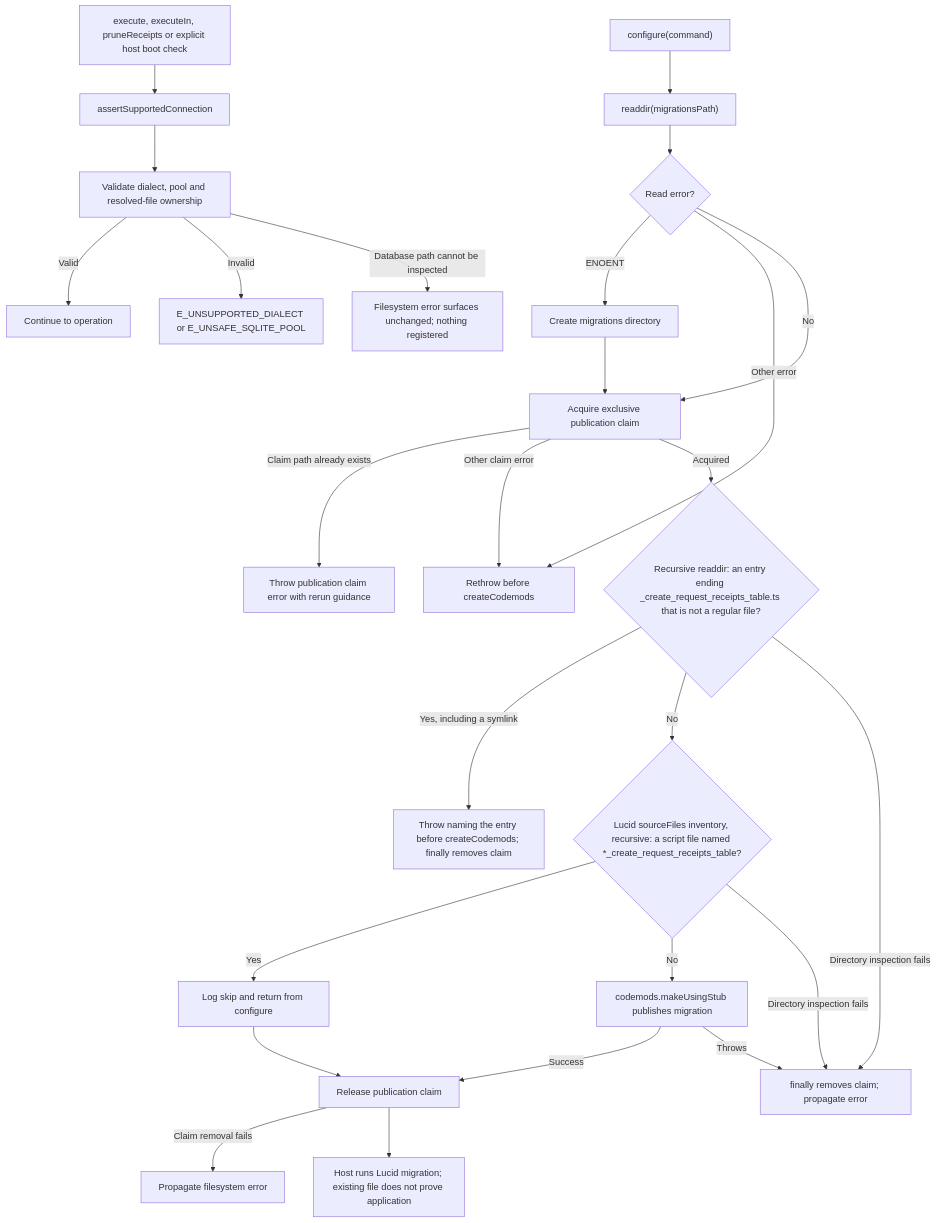
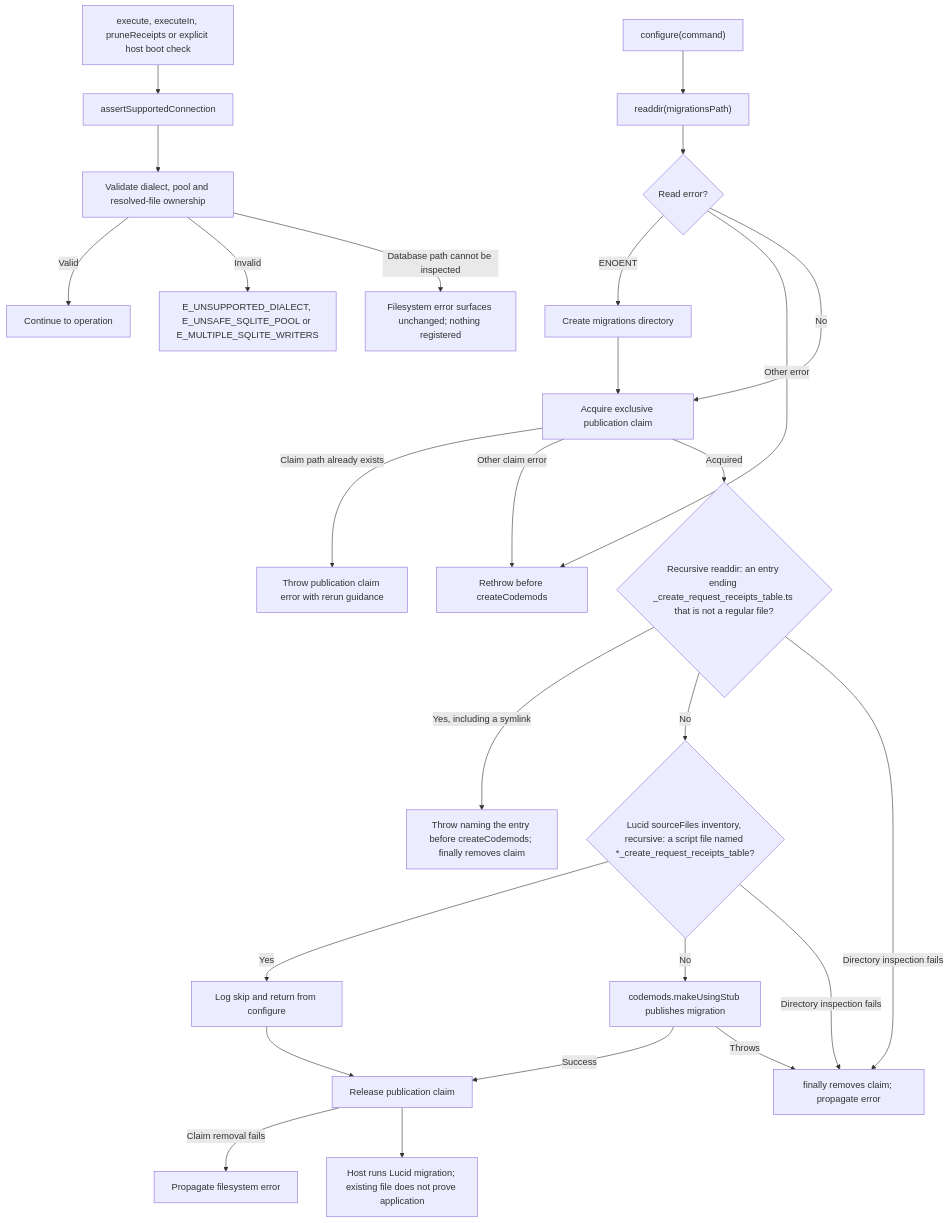
The second of 2 diagrams in user-stories/US-GUARD-04-operate-receipts.md (Kevinjohn/oss-adonisjs-duplicate-request-guard), drawn with Mermaid before and after one commit. The commit also changed 10 other files, not shown here.

````diff
--- a/user-stories/US-GUARD-04-operate-receipts.md
+++ b/user-stories/US-GUARD-04-operate-receipts.md
@@ -54,28 +54,28 @@
 ```mermaid
 flowchart TD
     A["configure(command)"] --> B["readdir(migrationsPath)"]
     B --> R{"Read error?"}
     R -->|ENOENT| K["Create migrations directory"]
     K --> L["Acquire exclusive publication claim"]
     R -->|Other error| X["Rethrow before createCodemods"]
     R -->|No| L
     L -->|Claim path already exists| Z["Throw publication claim error with rerun guidance"]
     L -->|Other claim error| X
     L -->|Acquired| N{"Recursive readdir: an entry ending _create_request_receipts_table.ts that is not a regular file?"}
     N -->|Yes, including a symlink| Y["Throw naming the entry before createCodemods; finally removes claim"]
     N -->|No| C{"Lucid sourceFiles inventory, recursive: a script file named *_create_request_receipts_table?"}
     C -->|Yes| D["Log skip and return from configure"]
     D --> T["Release publication claim"]
     C -->|No| E["codemods.makeUsingStub publishes migration"]
     E -->|Success| T
     E -->|Throws| P["finally removes claim; propagate error"]
     N -->|Directory inspection fails| P
     C -->|Directory inspection fails| P
     T -->|Claim removal fails| W["Propagate filesystem error"]
     T --> F["Host runs Lucid migration; existing file does not prove application"]
     G["execute, executeIn, pruneReceipts or explicit host boot check"] --> H["assertSupportedConnection"]
     H --> I["Validate dialect, pool and resolved-file ownership"]
     I -->|Valid| J["Continue to operation"]
-    I -->|Invalid| Q["E_UNSUPPORTED_DIALECT or E_UNSAFE_SQLITE_POOL"]
+    I -->|Invalid| Q["E_UNSUPPORTED_DIALECT, E_UNSAFE_SQLITE_POOL or E_MULTIPLE_SQLITE_WRITERS"]
     I -->|Database path cannot be inspected| Q2["Filesystem error surfaces unchanged; nothing registered"]
 ```
````
